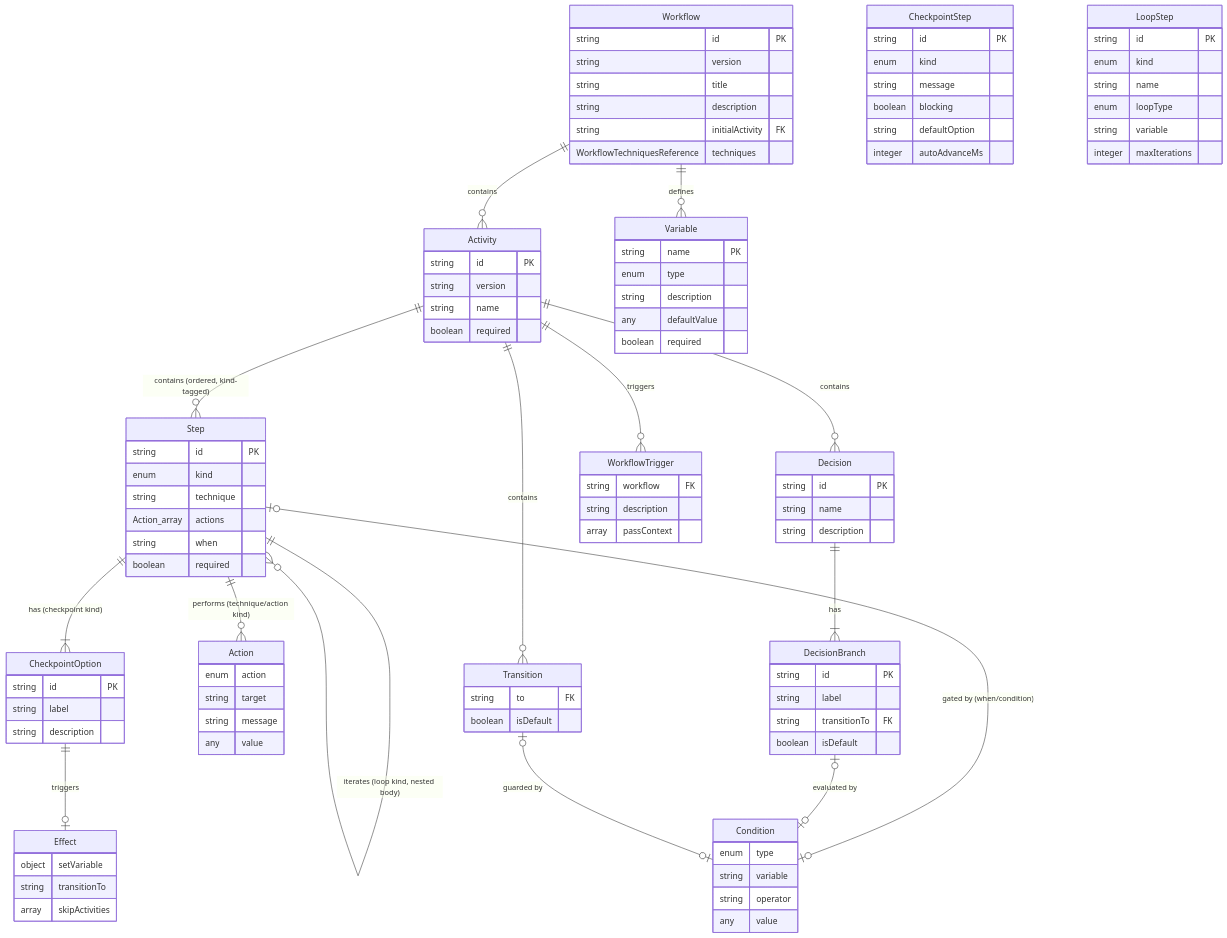
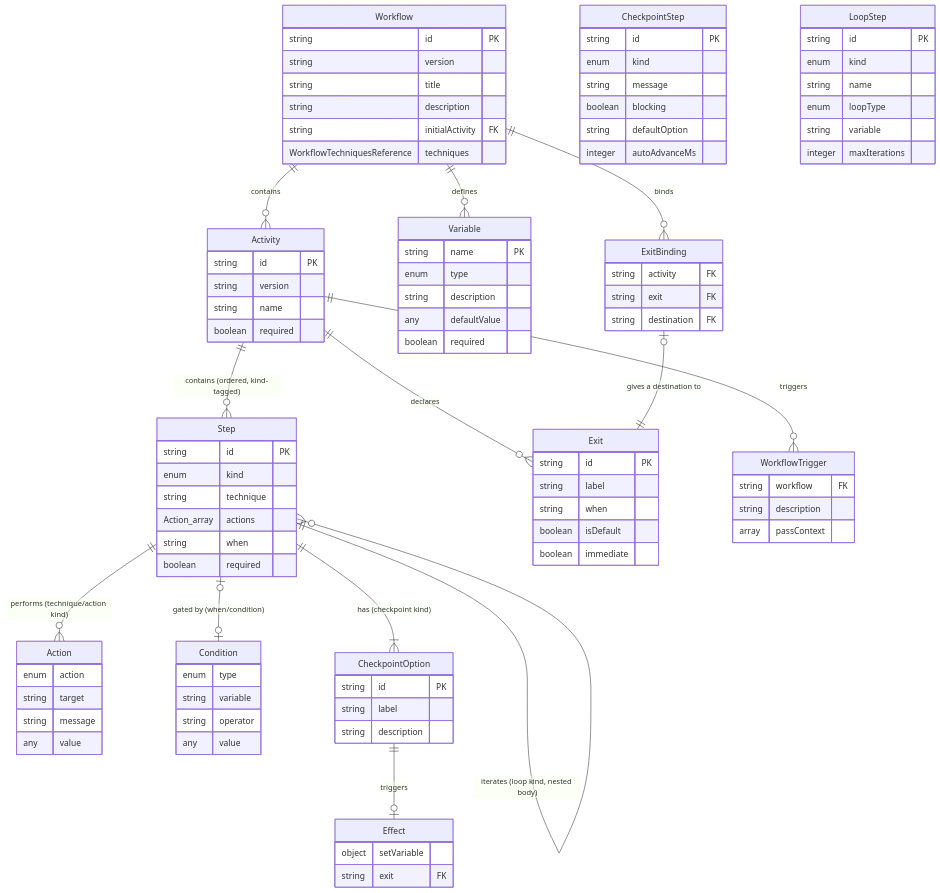
One commit to m2ux/workflow-server changed the third of 3 diagrams in schemas/README.md. Above: the diagram before and after it, drawn with Mermaid. The commit also changed other lines of this file and 8 other files, not shown here.

First line of the commit message:
Document the split between an activity's outcomes and a workflow's shape

````diff
--- a/schemas/README.md
+++ b/schemas/README.md
@@ -152,9 +152,10 @@
     Workflow ||--o{ Variable : defines
     
     Activity ||--o{ Step : "contains (ordered, kind-tagged)"
-    Activity ||--o{ Decision : contains
-    Activity ||--o{ Transition : contains
+    Activity ||--o{ Exit : declares
     Activity ||--o{ WorkflowTrigger : triggers
+    Workflow ||--o{ ExitBinding : binds
+    ExitBinding |o--|| Exit : "gives a destination to"
     
     Step ||--o{ Action : "performs (technique/action kind)"
     Step |o--o| Condition : "gated by (when/condition)"
@@ -162,10 +163,6 @@
     Step ||--o{ Step : "iterates (loop kind, nested body)"
     CheckpointOption ||--o| Effect : triggers
     
-    Decision ||--|{ DecisionBranch : has
-    DecisionBranch |o--o| Condition : "evaluated by"
-    
-    Transition |o--o| Condition : "guarded by"
 
     Workflow {
         string id PK
@@ -207,22 +204,18 @@
         string description
     }
     
-    Decision {
-        string id PK
-        string name
-        string description
-    }
-    
-    DecisionBranch {
+    Exit {
         string id PK
         string label
-        string transitionTo FK
+        string when
         boolean isDefault
+        boolean immediate
     }
-    
-    Transition {
-        string to FK
-        boolean isDefault
+
+    ExitBinding {
+        string activity FK
+        string exit FK
+        string destination FK
     }
     
     LoopStep {
@@ -264,7 +257,6 @@
     
     Effect {
         object setVariable
-        string transitionTo
-        array skipActivities
+        string exit FK
     }
 ```
````
